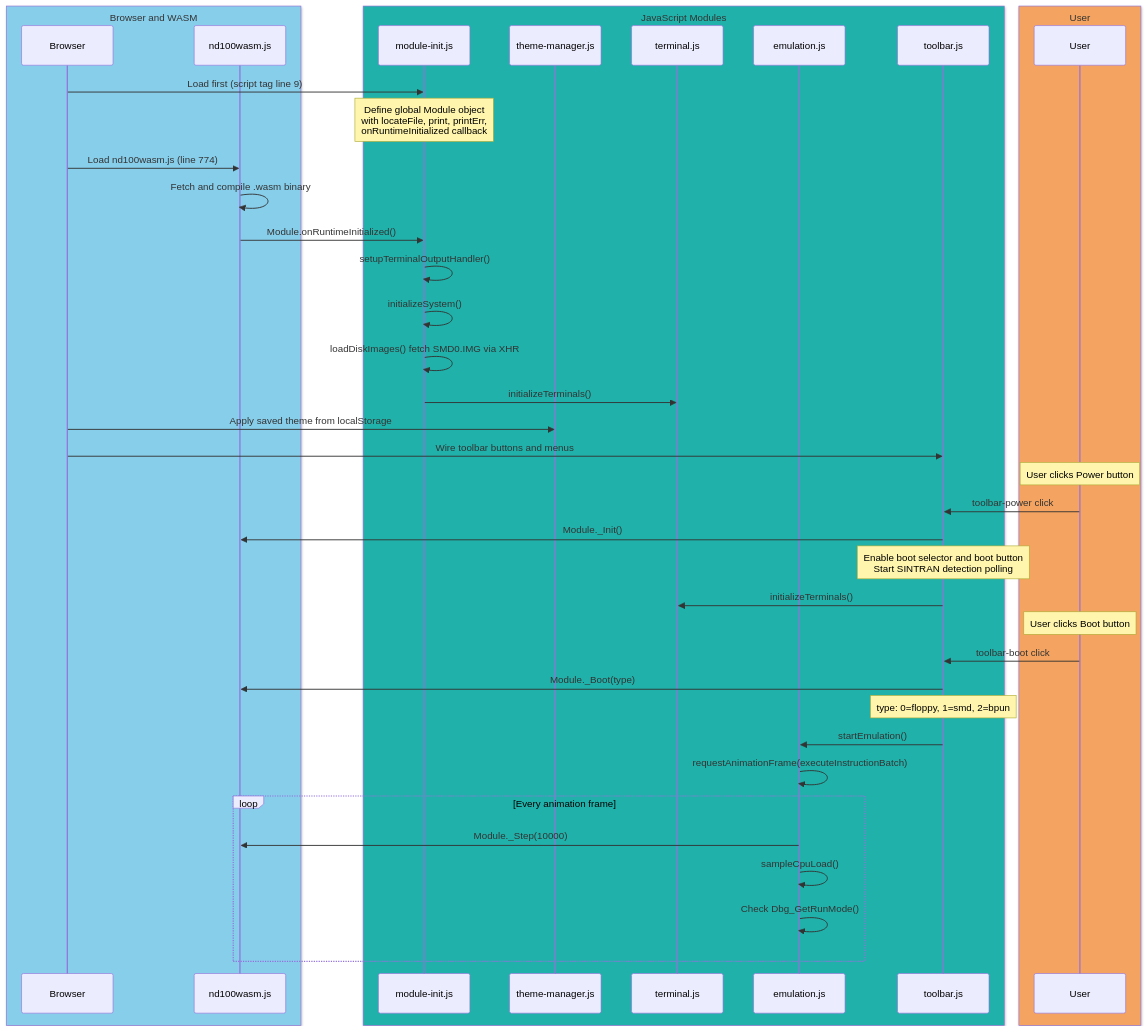
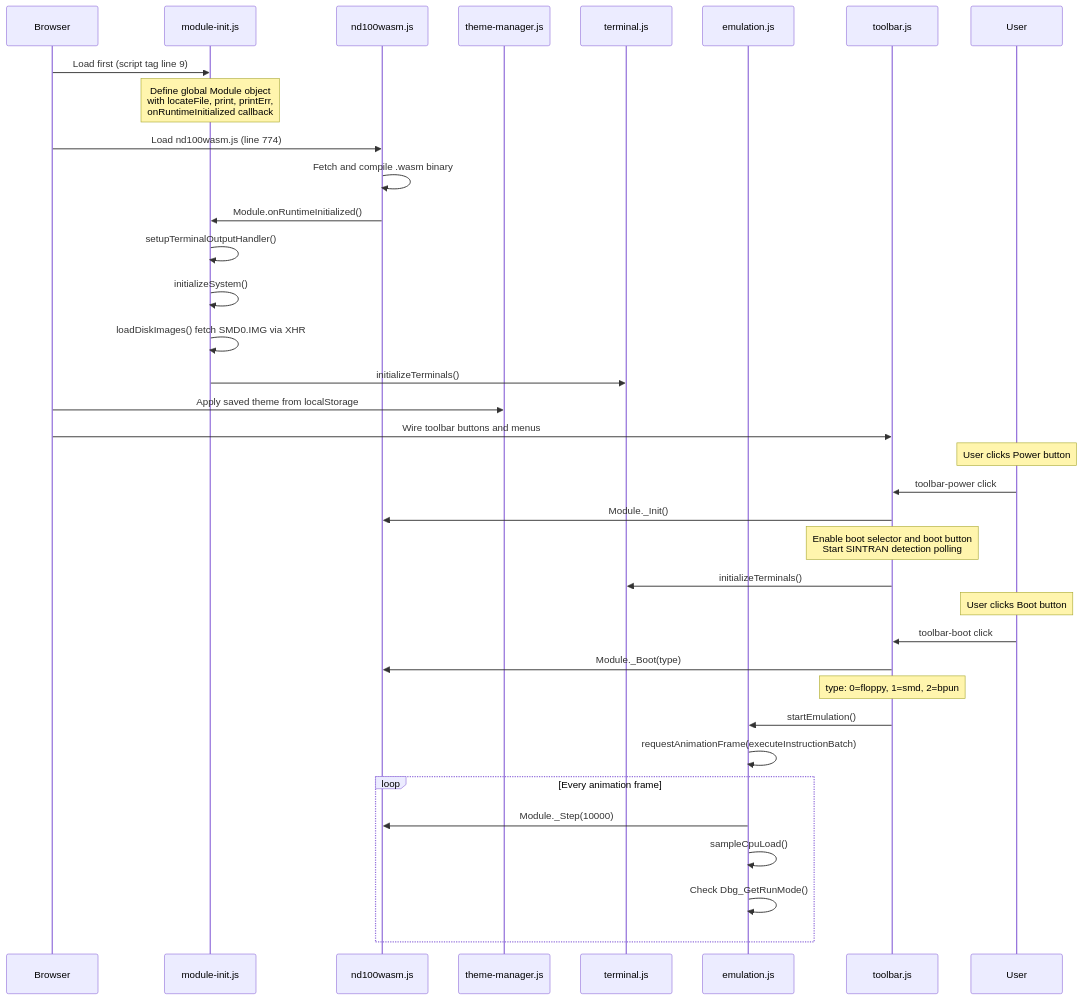
One commit to HackerCorpLabs/nd100x changed the second of 3 diagrams in GLASS.md. Above: the diagram before and after it, drawn with Mermaid. The commit also changed other lines of this file, not shown here.

Commit message:
Remove colored boxes from sequence diagrams for dark mode compatibility
Sequence diagram box colors cannot work in both GitHub light and dark
mode simultaneously. Clean unboxed diagrams with clear participant
names are readable in both modes. Flowchart keeps classDef colors
which override the theme correctly.

````diff
--- a/GLASS.md
+++ b/GLASS.md
@@ -125,45 +125,39 @@
 ```mermaid
 sequenceDiagram
-    box SkyBlue Browser and WASM
-        participant B as Browser
-        participant WM as nd100wasm.js
-    end
-    box LightSeaGreen JavaScript Modules
-        participant MI as module-init.js
-        participant TM as theme-manager.js
-        participant T as terminal.js
-        participant E as emulation.js
-        participant TB as toolbar.js
-    end
-    box SandyBrown User
-        participant U as User
-    end
+    participant B as Browser
+    participant MI as module-init.js
+    participant WM as nd100wasm.js
+    participant TM as theme-manager.js
+    participant T as terminal.js
+    participant E as emulation.js
+    participant TB as toolbar.js
+    participant U as User
 
     B->>MI: Load first (script tag line 9)
     Note over MI: Define global Module object<br/>with locateFile, print, printErr,<br/>onRuntimeInitialized callback
     B->>WM: Load nd100wasm.js (line 774)
     WM->>WM: Fetch and compile .wasm binary
     WM->>MI: Module.onRuntimeInitialized()
     MI->>MI: setupTerminalOutputHandler()
     MI->>MI: initializeSystem()
     MI->>MI: loadDiskImages() fetch SMD0.IMG via XHR
     MI->>T: initializeTerminals()
     B->>TM: Apply saved theme from localStorage
     B->>TB: Wire toolbar buttons and menus
     Note over U: User clicks Power button
     U->>TB: toolbar-power click
     TB->>WM: Module._Init()
     Note over TB: Enable boot selector and boot button<br/>Start SINTRAN detection polling
     TB->>T: initializeTerminals()
     Note over U: User clicks Boot button
     U->>TB: toolbar-boot click
     TB->>WM: Module._Boot(type)
     Note over TB: type: 0=floppy, 1=smd, 2=bpun
     TB->>E: startEmulation()
     E->>E: requestAnimationFrame(executeInstructionBatch)
     loop Every animation frame
         E->>WM: Module._Step(10000)
         E->>E: sampleCpuLoad()
         E->>E: Check Dbg_GetRunMode()
     end
 ```
````
